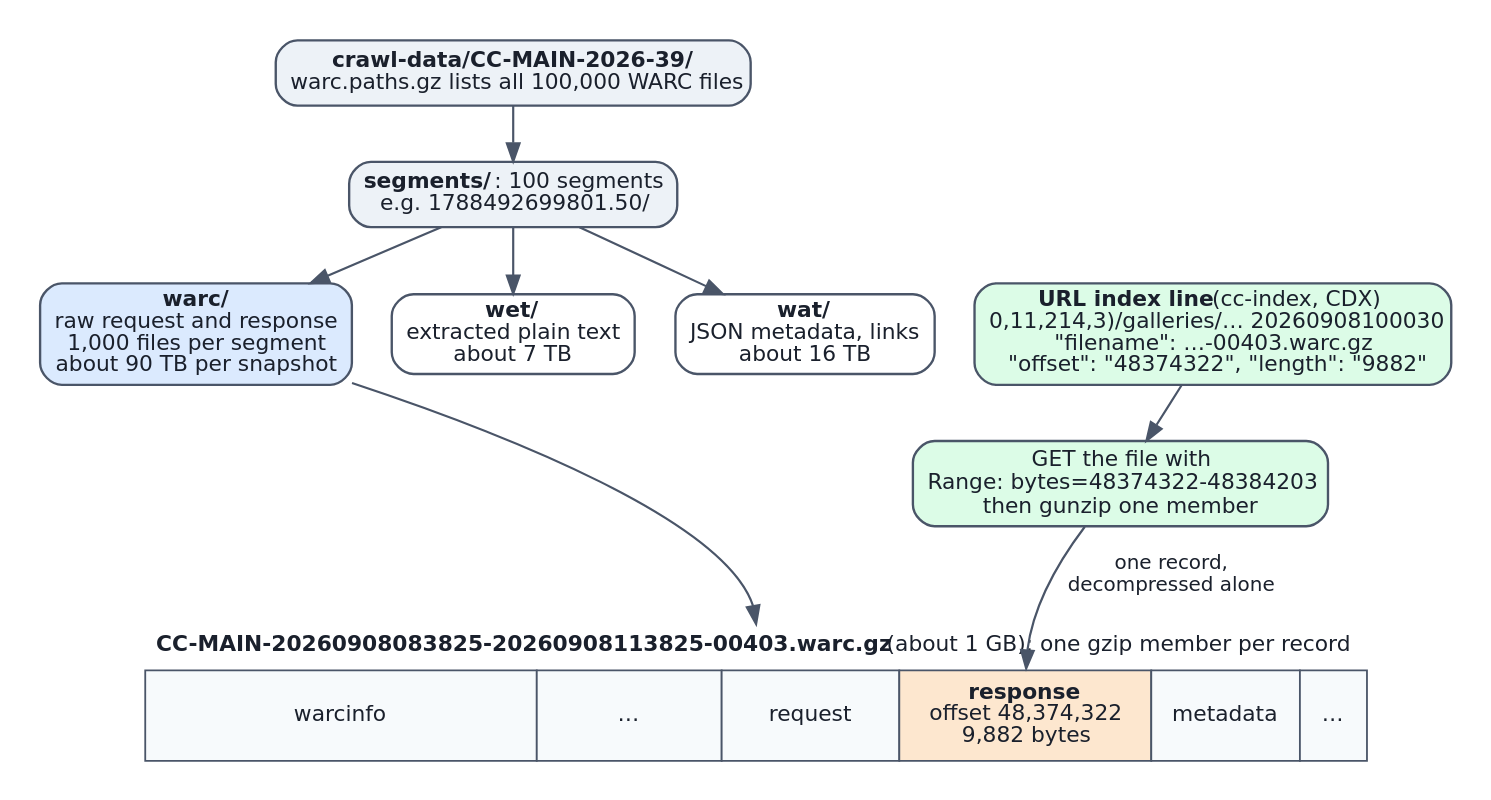
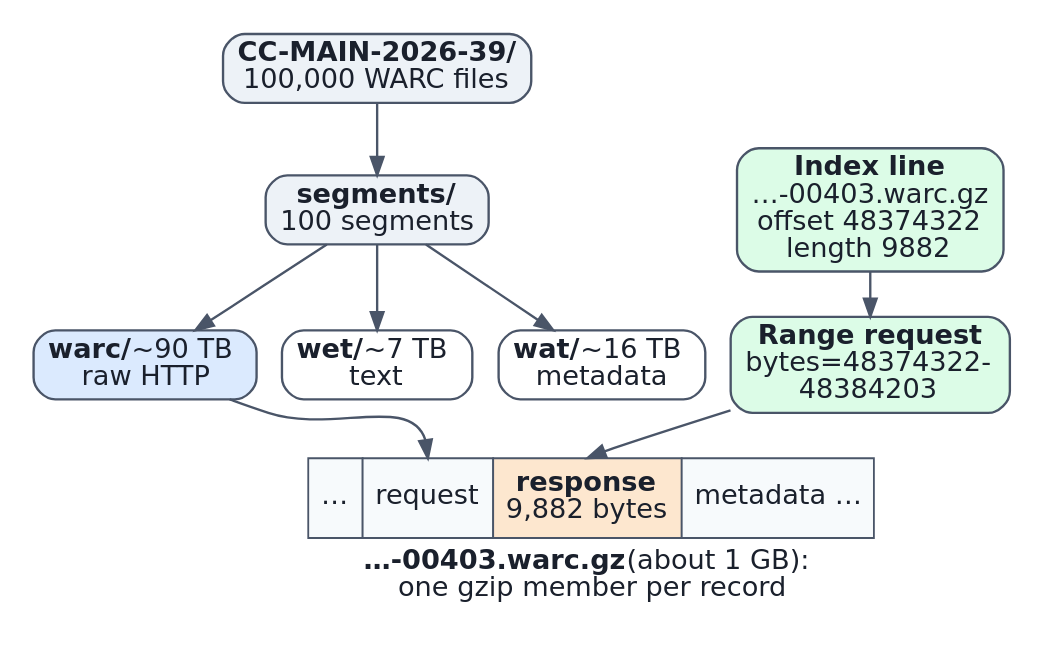
The diagram in chapters/03-data-acquisition/figures/snapshot-layout.dot (Beaker12/llmatlas), drawn with Graphviz before and after one commit. The commit also changed 24 other files, not shown here.

Commit message:
Chapter 3 figures: topic names instead of section numbers, Other segment in the mixtures, stock band across the full width, larger text in the snapshot and crawler schematics, real minus signs in the epochs legend

```diff
--- a/chapters/03-data-acquisition/figures/snapshot-layout.dot
+++ b/chapters/03-data-acquisition/figures/snapshot-layout.dot
@@ -1,21 +1,22 @@
 digraph snapshot_layout {
-  graph [fontname="DejaVu Sans", fontsize=13, nodesep=0.3, ranksep=0.4, pad=0.2];
-  node [fontname="DejaVu Sans", fontsize=12, fontcolor="#1a202c", shape=box, style="rounded,filled", fillcolor="#ffffff", color="#4a5568", penwidth=1.3]; edge [fontname="DejaVu Sans", fontsize=11, fontcolor="#1a202c", color="#4a5568", penwidth=1.2];
-  crawl [label=<<B>crawl-data/CC-MAIN-2026-39/</B><BR/>warc.paths.gz lists all 100,000 WARC files>, fillcolor="#edf2f7"];
-  segments [label=<<B>segments/</B>: 100 segments<BR/>e.g. 1788492699801.50/>, fillcolor="#edf2f7"];
-  warc [label=<<B>warc/</B><BR/>raw request and response<BR/>1,000 files per segment<BR/>about 90 TB per snapshot>, fillcolor="#dbeafe"];
-  wet [label=<<B>wet/</B><BR/>extracted plain text<BR/>about 7 TB>];
-  wat [label=<<B>wat/</B><BR/>JSON metadata, links<BR/>about 16 TB>];
+  graph [fontname="DejaVu Sans", fontsize=15, nodesep=0.2, ranksep=0.35, pad=0.15];
+  node [fontname="DejaVu Sans", fontsize=15, fontcolor="#1a202c", shape=box, style="rounded,filled", fillcolor="#ffffff", color="#4a5568", penwidth=1.3]; edge [fontname="DejaVu Sans", fontsize=14, fontcolor="#1a202c", color="#4a5568", penwidth=1.3];
+  crawl [label=<<B>CC-MAIN-2026-39/</B><BR/>100,000 WARC files>, fillcolor="#edf2f7"];
+  segments [label=<<B>segments/</B><BR/>100 segments>, fillcolor="#edf2f7"];
+  warc [label=<<B>warc/</B> ~90 TB<BR/>raw HTTP>, fillcolor="#dbeafe"];
+  wet [label=<<B>wet/</B> ~7 TB<BR/>text>];
+  wat [label=<<B>wat/</B> ~16 TB<BR/>metadata>];
+  index [label=<<B>Index line</B><BR/>…-00403.warc.gz<BR/>offset 48374322<BR/>length 9882>, fillcolor="#dcfce7"];
+  get [label=<<B>Range request</B><BR/>bytes=48374322-<BR/>48384203>, fillcolor="#dcfce7"];
   file [shape=plain, style="", label=<<TABLE BORDER="0" CELLBORDER="1" CELLSPACING="0" CELLPADDING="6" COLOR="#4a5568">
-    <TR><TD COLSPAN="6" BORDER="0" ALIGN="LEFT"><B>CC-MAIN-20260908083825-20260908113825-00403.warc.gz</B> (about 1 GB): one gzip member per record</TD></TR>
-    <TR><TD BGCOLOR="#f7fafc">warcinfo</TD><TD BGCOLOR="#f7fafc">…</TD><TD BGCOLOR="#f7fafc">request</TD><TD BGCOLOR="#fde7cf" PORT="hit"><B>response</B><BR/>offset 48,374,322<BR/>9,882 bytes</TD><TD BGCOLOR="#f7fafc">metadata</TD><TD BGCOLOR="#f7fafc">…</TD></TR>
+    <TR><TD BGCOLOR="#f7fafc">…</TD><TD BGCOLOR="#f7fafc" PORT="req">request</TD><TD BGCOLOR="#fde7cf" PORT="hit"><B>response</B><BR/>9,882 bytes</TD><TD BGCOLOR="#f7fafc">metadata …</TD></TR>
+    <TR><TD COLSPAN="4" BORDER="0"><B>…-00403.warc.gz</B> (about 1 GB):<BR/>one gzip member per record</TD></TR>
   </TABLE>>];
-  index [label=<<B>URL index line</B> (cc-index, CDX)<BR/>0,11,214,3)/galleries/… 20260908100030<BR/>"filename": …-00403.warc.gz<BR/>"offset": "48374322", "length": "9882">, fillcolor="#dcfce7"];
-  get [label=<GET the file with<BR/>Range: bytes=48374322-48384203<BR/>then gunzip one member>, fillcolor="#dcfce7"];
   crawl -> segments;
   segments -> warc; segments -> wet; segments -> wat;
-  warc -> file:n;
+  warc -> file:req:n;
   index -> get;
-  get -> file:hit:n [label=" one record,\n decompressed alone"];
-  {rank=same; warc; wet; wat; index}
+  get -> file:hit:n;
+  {rank=same; segments; index}
+  {rank=same; warc; wet; wat; get}
 }
```
